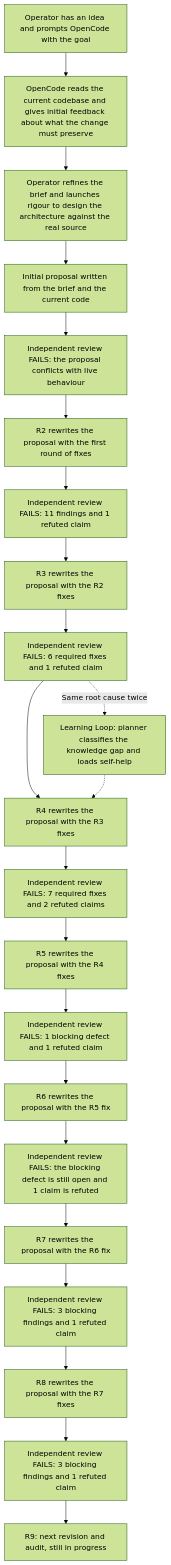
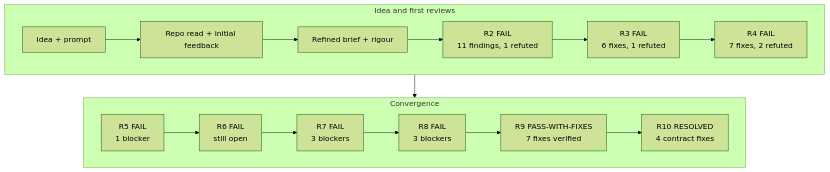
One commit to PearceTech335/open-code-skills changed the diagram in README.md. Above: the diagram before and after it, drawn with Mermaid (forest theme). The commit also changed other lines of this file, not shown here.

Commit message:
Show R10 convergence and compact the audit diagram

````diff
--- a/README.md
+++ b/README.md
@@ -91,24 +91,12 @@
 ```mermaid
-flowchart TD
-    A["Operator has an idea and prompts OpenCode with the goal"] --> B["OpenCode reads the current codebase and gives initial feedback about what the change must preserve"]
-    B --> C["Operator refines the brief and launches rigour to design the architecture against the real source"]
-    C --> P0["Initial proposal written from the brief and the current code"]
-    P0 --> V0["Independent review FAILS: the proposal conflicts with live behaviour"]
-    V0 --> R2["R2 rewrites the proposal with the first round of fixes"]
-    R2 --> V2["Independent review FAILS: 11 findings and 1 refuted claim"]
-    V2 --> R3["R3 rewrites the proposal with the R2 fixes"]
-    R3 --> V3["Independent review FAILS: 6 required fixes and 1 refuted claim"]
-    V3 --> R4["R4 rewrites the proposal with the R3 fixes"]
-    R4 --> V4["Independent review FAILS: 7 required fixes and 2 refuted claims"]
-    V4 --> R5["R5 rewrites the proposal with the R4 fixes"]
-    R5 --> V5["Independent review FAILS: 1 blocking defect and 1 refuted claim"]
-    V5 --> R6["R6 rewrites the proposal with the R5 fix"]
-    R6 --> V6["Independent review FAILS: the blocking defect is still open and 1 claim is refuted"]
-    V6 --> R7["R7 rewrites the proposal with the R6 fix"]
-    R7 --> V7["Independent review FAILS: 3 blocking findings and 1 refuted claim"]
-    V7 --> R8["R8 rewrites the proposal with the R7 fixes"]
-    R8 --> V8["Independent review FAILS: 3 blocking findings and 1 refuted claim"]
-    V8 --> R9["R9: next revision and audit, still in progress"]
-    V3 -.->|Same root cause twice| LL["Learning Loop: planner classifies the knowledge gap and loads self-help"]
-    LL -.-> R4
+flowchart TB
+    subgraph row1["Idea and first reviews"]
+        direction LR
+        A["Idea + prompt"] --> B["Repo read + initial feedback"] --> C["Refined brief + rigour"] --> R2["R2 FAIL<br/>11 findings, 1 refuted"] --> R3["R3 FAIL<br/>6 fixes, 1 refuted"] --> R4["R4 FAIL<br/>7 fixes, 2 refuted"]
+    end
+    subgraph row2["Convergence"]
+        direction LR
+        R5["R5 FAIL<br/>1 blocker"] --> R6["R6 FAIL<br/>still open"] --> R7["R7 FAIL<br/>3 blockers"] --> R8["R8 FAIL<br/>3 blockers"] --> R9["R9 PASS-WITH-FIXES<br/>7 fixes verified"] --> R10["R10 RESOLVED<br/>4 contract fixes"]
+    end
+    R4 --> R5
 ```
````
